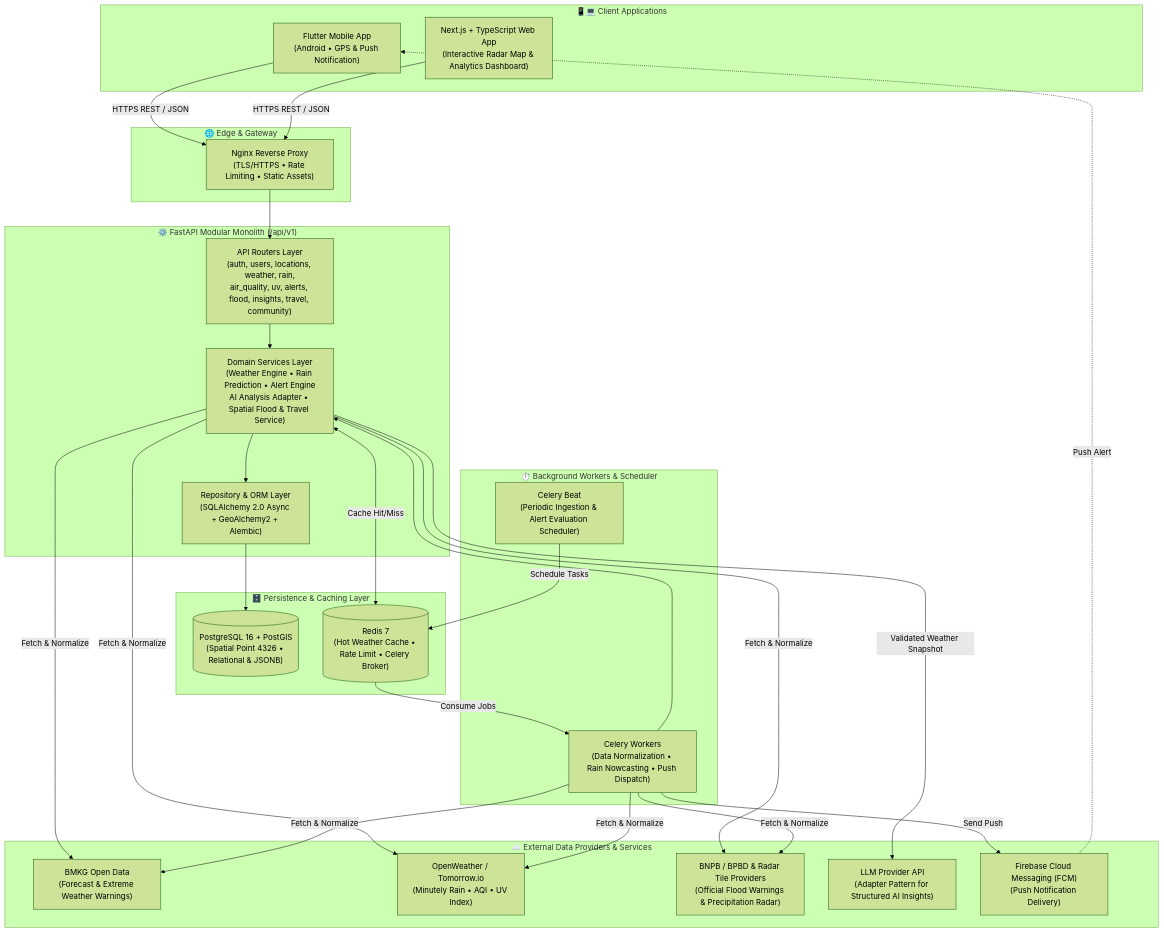
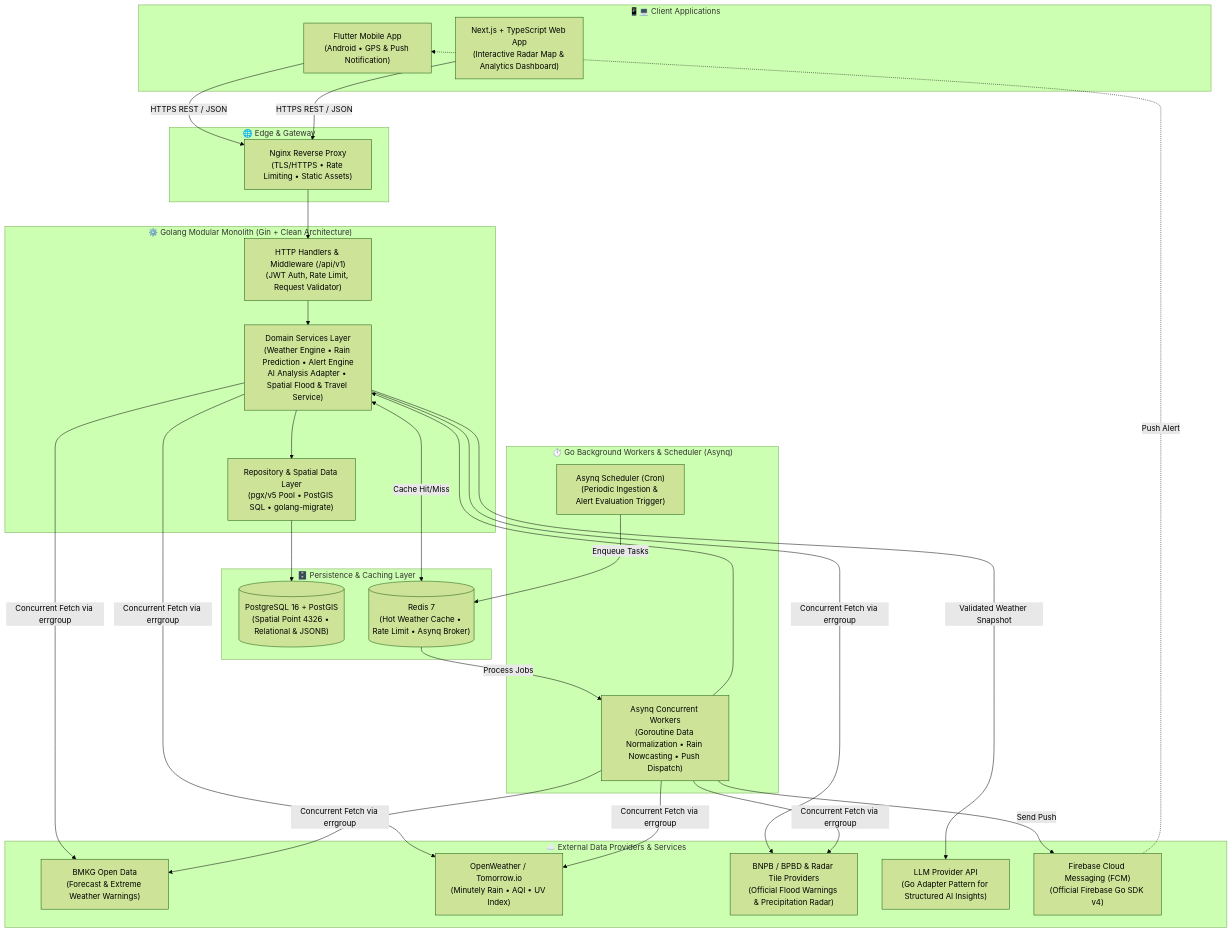
One commit to afrizadwi21/weatherly changed the first of 4 diagrams in README.md. Above: the diagram before and after it, drawn with Mermaid (forest theme). The commit also changed other lines of this file and 3 other files, not shown here.

Commit message:
refactor(arch): migrate backend architecture and CI workflows to Golang

````diff
--- a/README.md
+++ b/README.md
@@ -55,51 +56,51 @@
 ```mermaid
 flowchart TB
     subgraph Clients["📱💻 Client Applications"]
         Mobile["Flutter Mobile App\n(Android • GPS & Push Notification)"]
         Web["Next.js + TypeScript Web App\n(Interactive Radar Map & Analytics Dashboard)"]
     end
 
     subgraph Edge["🌐 Edge & Gateway"]
         Nginx["Nginx Reverse Proxy\n(TLS/HTTPS • Rate Limiting • Static Assets)"]
     end
 
-    subgraph Backend["⚙️ FastAPI Modular Monolith (/api/v1)"]
-        API["API Routers Layer\n(auth, users, locations, weather, rain,\nair_quality, uv, alerts, flood, insights, travel, community)"]
+    subgraph Backend["⚙️ Golang Modular Monolith (Gin + Clean Architecture)"]
+        API["HTTP Handlers & Middleware (/api/v1)\n(JWT Auth, Rate Limit, Request Validator)"]
         Services["Domain Services Layer\n(Weather Engine • Rain Prediction • Alert Engine\nAI Analysis Adapter • Spatial Flood & Travel Service)"]
-        Repos["Repository & ORM Layer\n(SQLAlchemy 2.0 Async + GeoAlchemy2 + Alembic)"]
+        Repos["Repository & Spatial Data Layer\n(pgx/v5 Pool • PostGIS SQL • golang-migrate)"]
     end
 
-    subgraph AsyncWorkers["⏱️ Background Workers & Scheduler"]
-        Beat["Celery Beat\n(Periodic Ingestion & Alert Evaluation Scheduler)"]
-        Worker["Celery Workers\n(Data Normalization • Rain Nowcasting • Push Dispatch)"]
+    subgraph AsyncWorkers["⏱️ Go Background Workers & Scheduler (Asynq)"]
+        Scheduler["Asynq Scheduler (Cron)\n(Periodic Ingestion & Alert Evaluation Trigger)"]
+        Worker["Asynq Concurrent Workers\n(Goroutine Data Normalization • Rain Nowcasting • Push Dispatch)"]
     end
 
     subgraph DataStore["🗄️ Persistence & Caching Layer"]
         Postgres[("PostgreSQL 16 + PostGIS\n(Spatial Point 4326 • Relational & JSONB)")]
-        Redis[("Redis 7\n(Hot Weather Cache • Rate Limit • Celery Broker)")]
+        Redis[("Redis 7\n(Hot Weather Cache • Rate Limit • Asynq Broker)")]
     end
 
     subgraph External["☁️ External Data Providers & Services"]
         BMKG["BMKG Open Data\n(Forecast & Extreme Weather Warnings)"]
         OWM["OpenWeather / Tomorrow.io\n(Minutely Rain • AQI • UV Index)"]
         FloodSrc["BNPB / BPBD & Radar Tile Providers\n(Official Flood Warnings & Precipitation Radar)"]
-        LLM["LLM Provider API\n(Adapter Pattern for Structured AI Insights)"]
-        FCM["Firebase Cloud Messaging (FCM)\n(Push Notification Delivery)"]
+        LLM["LLM Provider API\n(Go Adapter Pattern for Structured AI Insights)"]
+        FCM["Firebase Cloud Messaging (FCM)\n(Official Firebase Go SDK v4)"]
     end
 
     Mobile & Web -->|HTTPS REST / JSON| Nginx
     Nginx --> API
     API --> Services
     Services --> Repos
     Repos --> Postgres
     Services <-->|Cache Hit/Miss| Redis
 
-    Beat -->|Schedule Tasks| Redis
-    Redis -->|Consume Jobs| Worker
+    Scheduler -->|Enqueue Tasks| Redis
+    Redis -->|Process Jobs| Worker
     Worker --> Services
     Worker -->|Send Push| FCM
     FCM -.->|Push Alert| Mobile
 
-    Services & Worker -->|Fetch & Normalize| BMKG & OWM & FloodSrc
+    Services & Worker -->|Concurrent Fetch via errgroup| BMKG & OWM & FloodSrc
     Services -->|Validated Weather Snapshot| LLM
 ```
````
